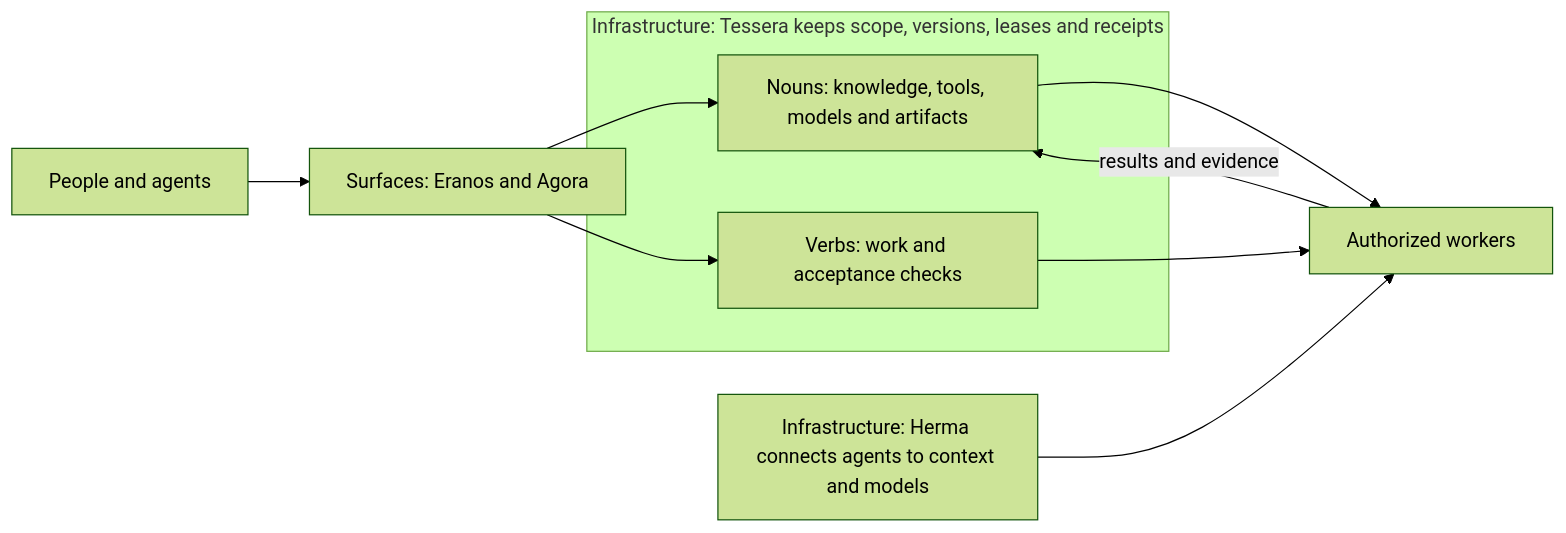
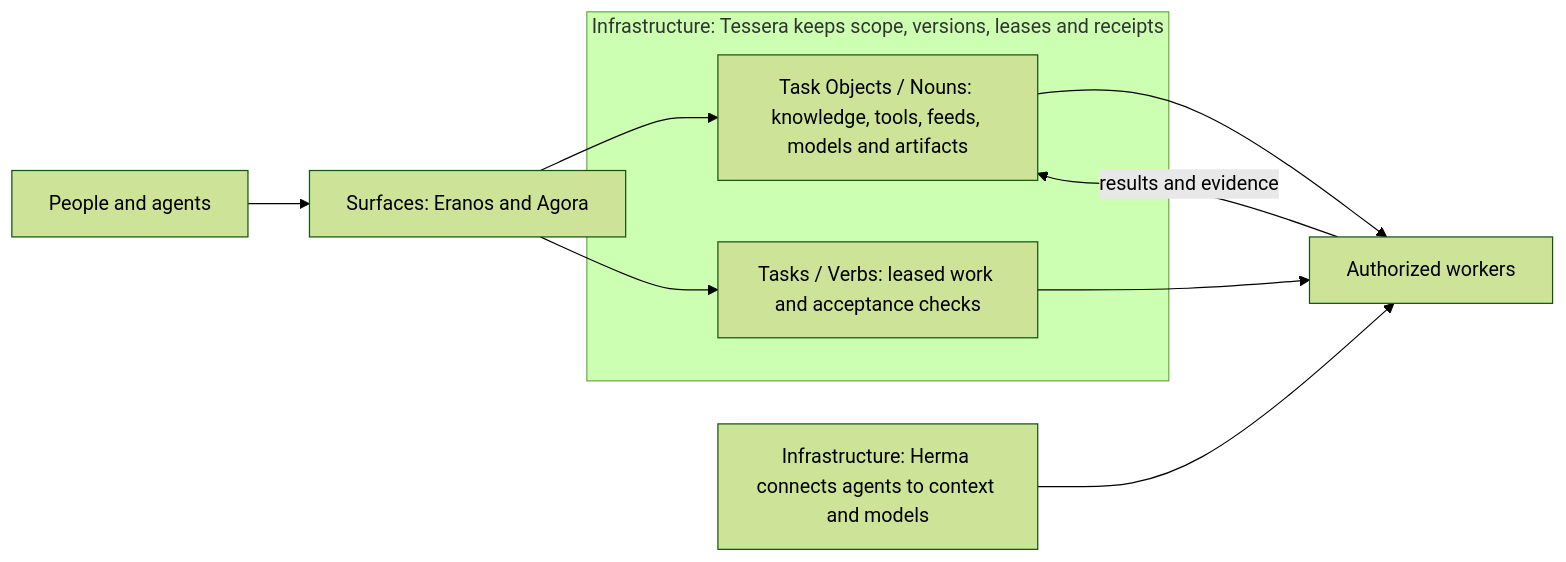
One commit to ta-amps/agora-public-overview-architecture-setup-and-contribution changed the diagram in README.md. Above: the diagram before and after it, drawn with Mermaid (forest theme). The commit also changed other lines of this file and 47 other files, not shown here.

````diff
--- a/README.md
+++ b/README.md
@@ -103,14 +142,14 @@
 ```mermaid
 flowchart LR
     A[People and agents] --> P[Surfaces: Eranos and Agora]
     subgraph T[Infrastructure: Tessera keeps scope, versions, leases and receipts]
-      N[Nouns: knowledge, tools, models and artifacts]
-      V[Verbs: work and acceptance checks]
+      N[Task Objects / Nouns: knowledge, tools, feeds, models and artifacts]
+      V[Tasks / Verbs: leased work and acceptance checks]
     end
     P --> N
     P --> V
     N --> W[Authorized workers]
     V --> W
     H[Infrastructure: Herma connects agents to context and models] --> W
     W -->|results and evidence| N
 ```
````
